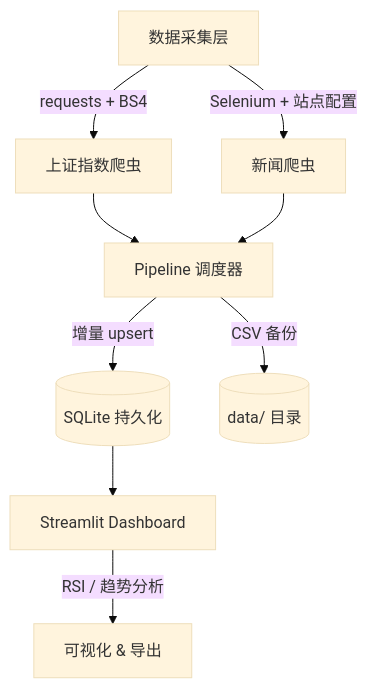
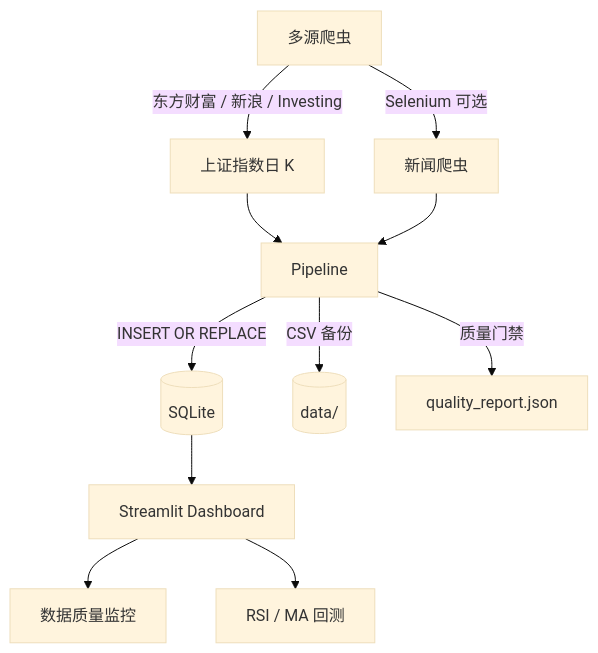
The diagram in README.md (dooorr/stock-quant-analysis), drawn with Mermaid (base theme) before and after one commit. The commit also changed other lines of this file, not shown here.

````diff
--- a/README.md
+++ b/README.md
@@ -15,10 +17,13 @@
 ```mermaid
 flowchart TD
-    A[数据采集层] -->|requests + BS4| B[上证指数爬虫]
-    A -->|Selenium + 站点配置| C[新闻爬虫]
-    B & C --> D[Pipeline 调度器]
-    D -->|增量 upsert| E[(SQLite 持久化)]
-    D -->|CSV 备份| F[(data/ 目录)]
-    E --> G[Streamlit Dashboard]
-    G -->|RSI / 趋势分析| H[可视化 & 导出]
+    A[多源爬虫] -->|东方财富 / 新浪 / Investing| B[上证指数日 K]
+    A -->|Selenium 可选| C[新闻爬虫]
+    B --> D[Pipeline]
+    C --> D
+    D -->|INSERT OR REPLACE| E[(SQLite)]
+    D -->|CSV 备份| F[(data/)]
+    D -->|质量门禁| G[quality_report.json]
+    E --> H[Streamlit Dashboard]
+    H --> I[数据质量监控]
+    H --> J[RSI / MA 回测]
 ```
````
